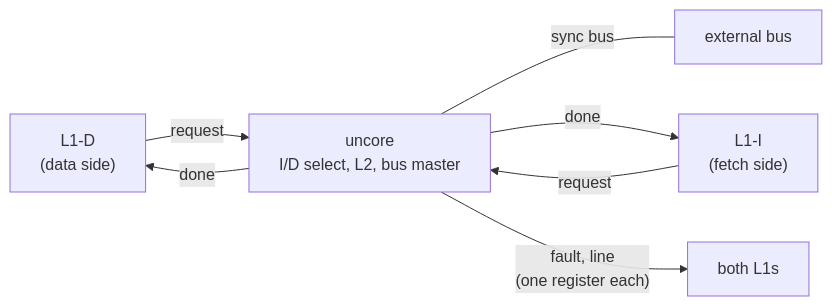
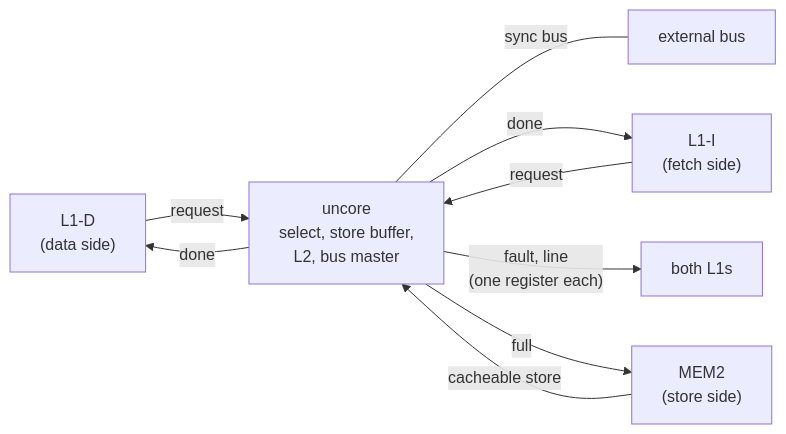
The diagram in doc/internals/penumbra3/uncore-port.md (lonemeow/penumbra-minicomputer), drawn with Mermaid before and after one commit. The commit also changed other lines of this file and 5 other files, not shown here.

First line of the commit message:
doc: specify the store buffer in gen3's uncore

````diff
--- a/doc/internals/penumbra3/uncore-port.md
+++ b/doc/internals/penumbra3/uncore-port.md
@@ -32,9 +36,11 @@
 ```mermaid
 graph LR
     DL1["L1-D<br/>(data side)"] -->|request| UC
     IL1["L1-I<br/>(fetch side)"] -->|request| UC
-    UC["uncore<br/>I/D select, L2, bus master"] ---|sync bus| BUS["external bus"]
+    M2["MEM2<br/>(store side)"] -->|"cacheable store"| UC
+    UC["uncore<br/>select, store buffer,<br/>L2, bus master"] ---|sync bus| BUS["external bus"]
     UC -->|"done"| DL1
     UC -->|"done"| IL1
     UC -->|"fault, line<br/>(one register each)"| BOTH["both L1s"]
+    UC -->|"full"| M2
 ```
````
